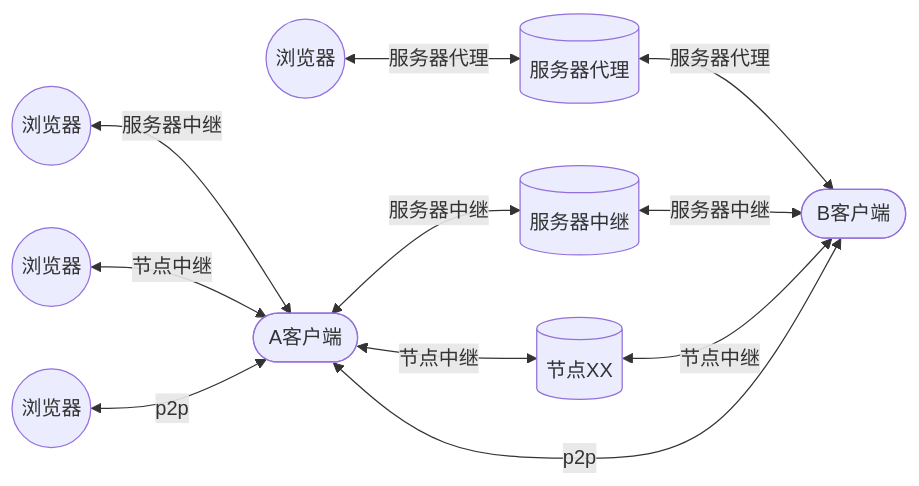
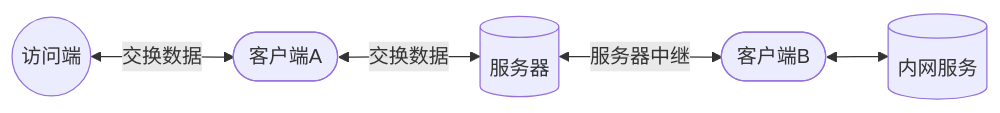
Before and after one commit to snltty/p2p-tunnel: the third of 5 diagrams in README.md, drawn with Mermaid. The commit also changed other lines of this file and 1 other file, not shown here.

````diff
--- a/README.md
+++ b/README.md
@@ -50,11 +35,4 @@
 ```mermaid
     flowchart LR
-
-    id6((浏览器)) <--> |服务器代理| id12[(服务器代理)] <-->|服务器代理| id5([B客户端])
-    id7((浏览器)) <-->|服务器中继| id3([A客户端])<-->|服务器中继| id11[(服务器中继)] <-->|服务器中继| id5([B客户端])
-
-    id8((浏览器)) <-->|节点中继| id3([A客户端])<-->|节点中继| id10[(节点XX)] <-->|节点中继| id5([B客户端])
-
-    id9((浏览器)) <-->|p2p| id3([A客户端]) <-->|p2p| id5([B客户端])
-
+    id7((访问端)) <-->|交换数据| id3([客户端A])<-->|交换数据| id11[(服务器)] <-->|服务器中继| id5([客户端B]) <--> id13[(内网服务)]
 ```
````
